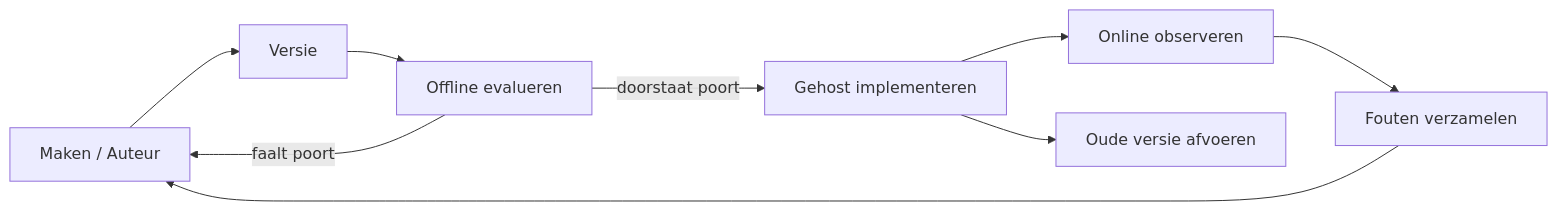
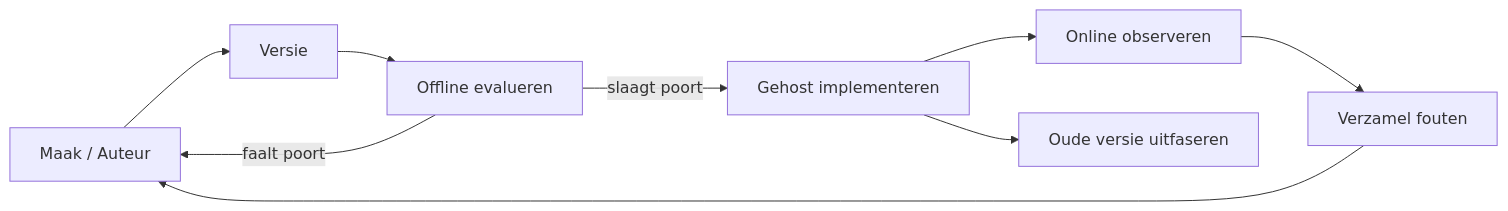
One commit to gabrielmoreira/agent-skills-mirror changed the second of 4 diagrams in mirrors/repos/microsoft@ai-agents-for-beginners/translations/nl/16-deploying-scalable-agents/README.md. Above: the diagram before and after it, drawn with Mermaid. The commit also changed other lines of this file and 3581 other files, not shown here.

````diff
--- a/mirrors/repos/microsoft@ai-agents-for-beginners/translations/nl/16-deploying-scalable-agents/README.md
+++ b/mirrors/repos/microsoft@ai-agents-for-beginners/translations/nl/16-deploying-scalable-agents/README.md
@@ -108,11 +108,11 @@
 ```mermaid
 flowchart LR
-    Create[Maken / Auteur] --> Version[Versie]
+    Create[Maak / Auteur] --> Version[Versie]
     Version --> Evaluate[Offline evalueren]
-    Evaluate -->|doorstaat poort| Deploy[Gehost implementeren]
+    Evaluate -->|slaagt poort| Deploy[Gehost implementeren]
     Evaluate -->|faalt poort| Create
     Deploy --> Observe[Online observeren]
-    Observe --> Improve[Fouten verzamelen]
+    Observe --> Improve[Verzamel fouten]
     Improve --> Create
-    Deploy --> Retire[Oude versie afvoeren]
+    Deploy --> Retire[Oude versie uitfaseren]
 ```
````
